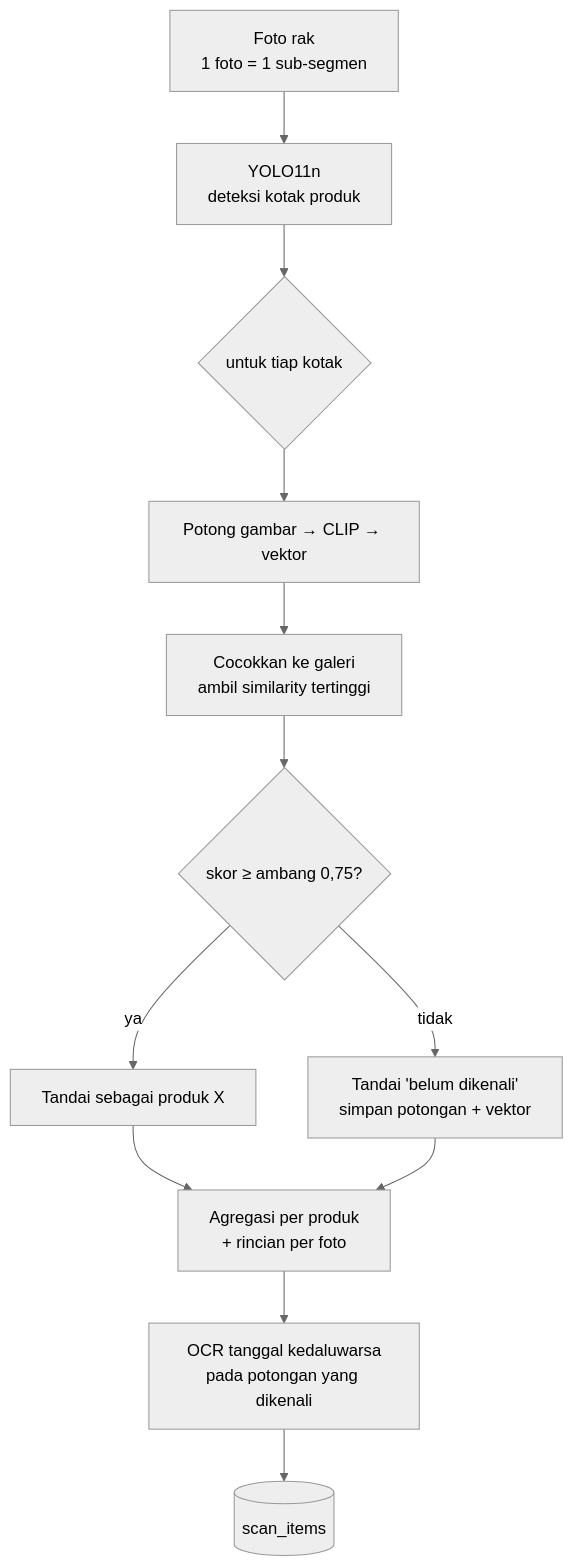
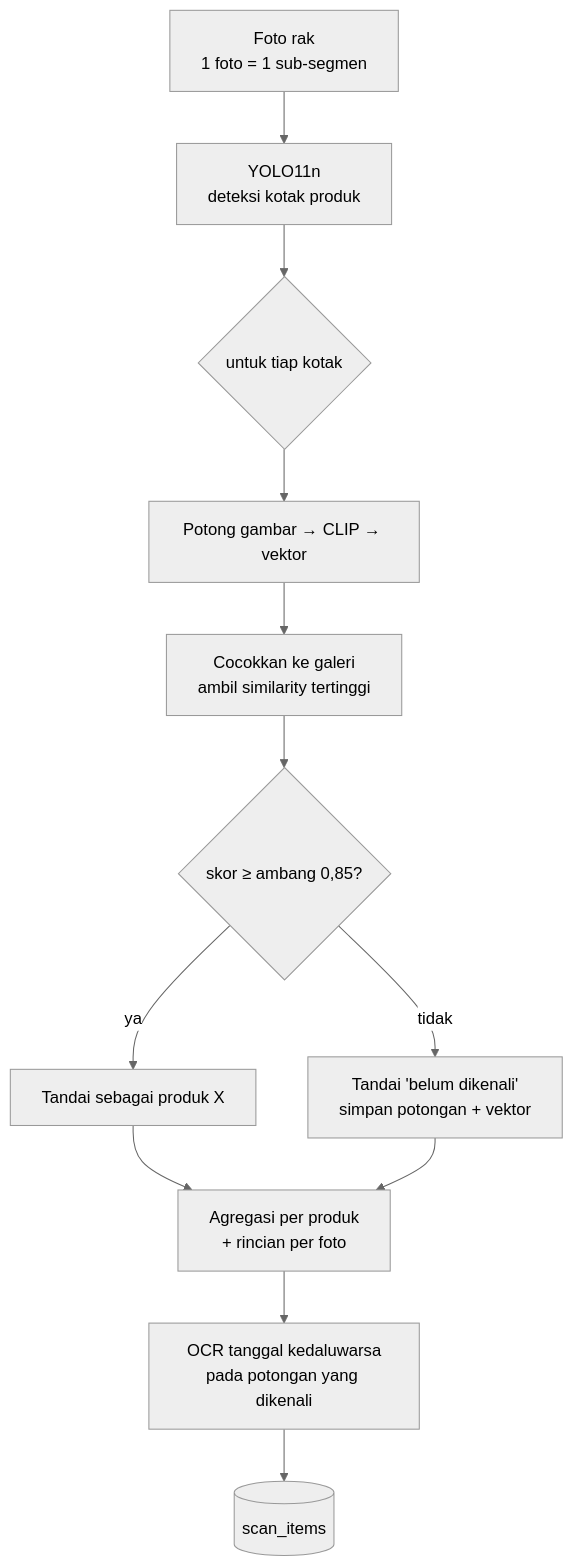
The fourth of 11 diagrams in docs/proposal/DRAFT-PROPOSAL.md (marshal-rizky/Stocklens), drawn with Mermaid (neutral theme) before and after one commit. The commit also changed other lines of this file and 6 other files, not shown here.

````diff
--- a/docs/proposal/DRAFT-PROPOSAL.md
+++ b/docs/proposal/DRAFT-PROPOSAL.md
@@ -195,14 +195,14 @@
 ```mermaid
 flowchart TB
     P1["Foto rak<br/>1 foto = 1 sub-segmen"] --> P2["YOLO11n<br/>deteksi kotak produk"]
     P2 --> P3{"untuk tiap kotak"}
     P3 --> P4["Potong gambar → CLIP → vektor"]
     P4 --> P5["Cocokkan ke galeri<br/>ambil similarity tertinggi"]
-    P5 --> P6{"skor ≥ ambang 0,75?"}
+    P5 --> P6{"skor ≥ ambang 0,85?"}
     P6 -- ya --> P7["Tandai sebagai produk X"]
     P6 -- tidak --> P8["Tandai 'belum dikenali'<br/>simpan potongan + vektor"]
     P7 --> P9["Agregasi per produk<br/>+ rincian per foto"]
     P8 --> P9
     P9 --> P10["OCR tanggal kedaluwarsa<br/>pada potongan yang dikenali"]
     P10 --> P11[("scan_items")]
 ```
````
